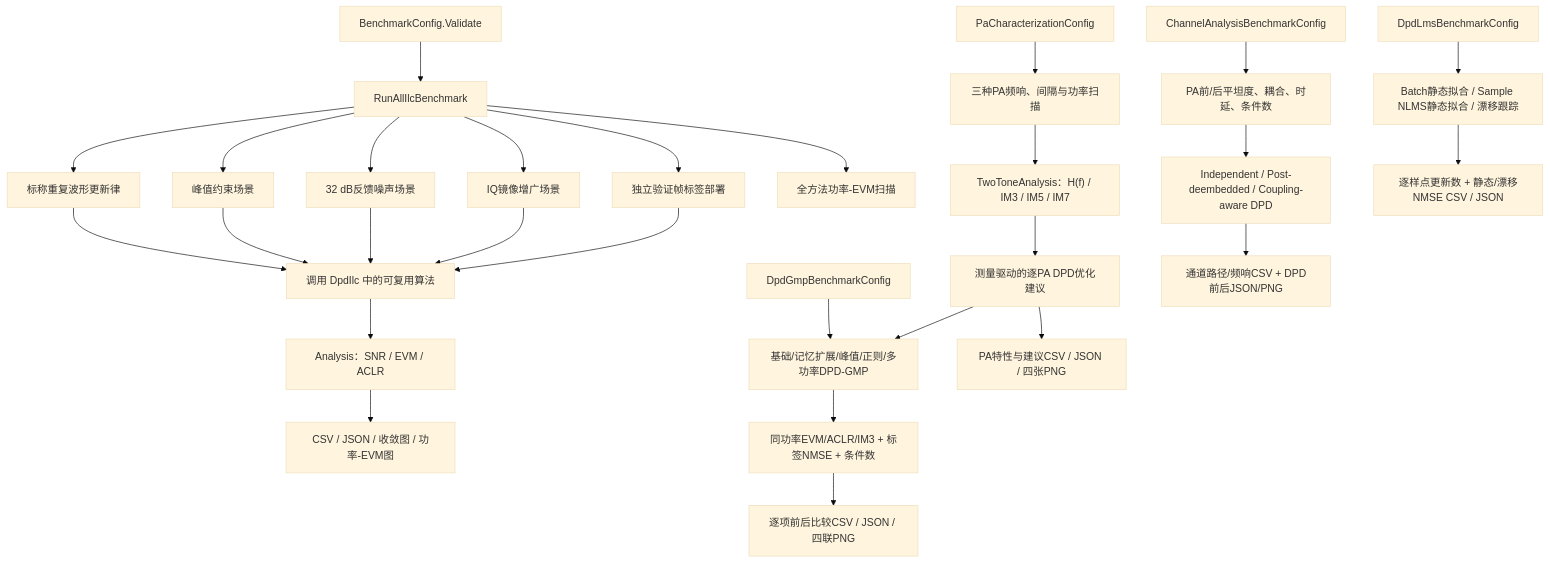
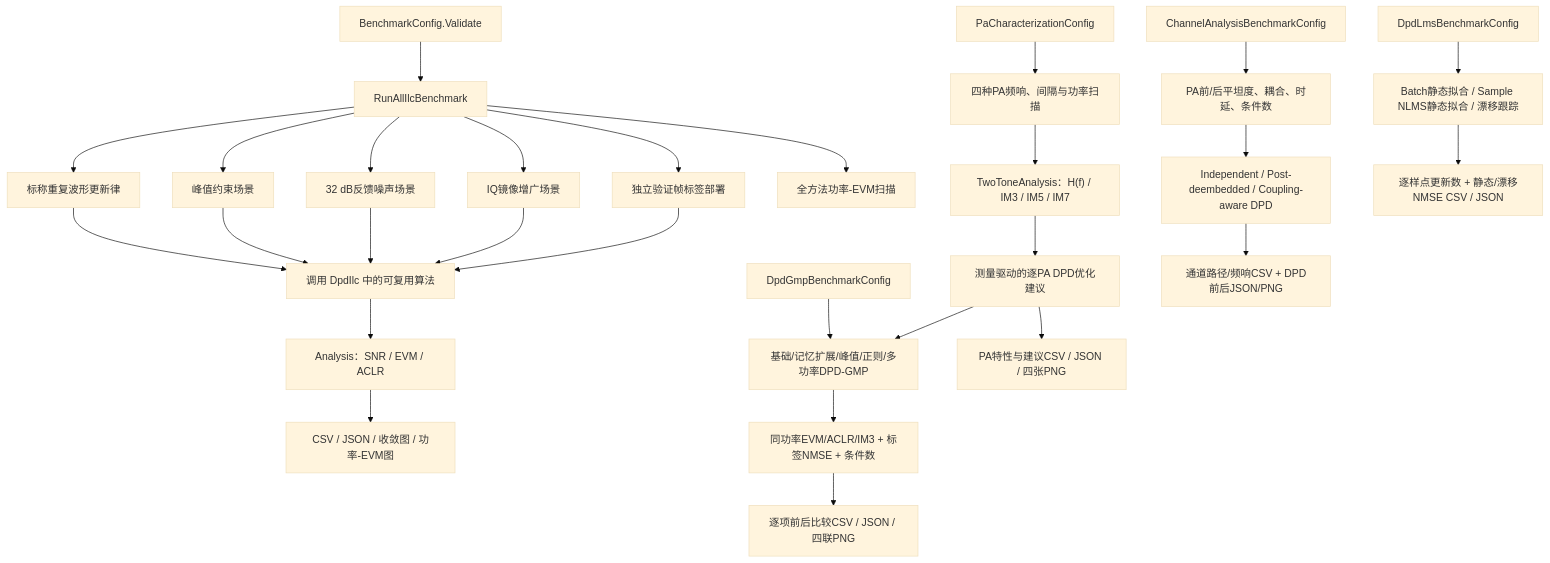
Diagram 16 of 20 in README.md (niyilu45/DPD_ILC), drawn with Mermaid (base theme) before and after one commit. The commit also changed other lines of this file and 29 other files, not shown here.

````diff
--- a/README.md
+++ b/README.md
@@ -824,30 +831,30 @@
 ```mermaid
 flowchart TD
     config["BenchmarkConfig.Validate"] --> benchmark["RunAllIlcBenchmark"]
     benchmark --> nominal["标称重复波形更新律"]
     benchmark --> constrained["峰值约束场景"]
     benchmark --> noisy["32 dB反馈噪声场景"]
     benchmark --> iq["IQ镜像增广场景"]
     benchmark --> heldout["独立验证帧标签部署"]
     benchmark --> power["全方法功率-EVM扫描"]
-    paCharacterization["PaCharacterizationConfig"] --> paSweep["三种PA频响、间隔与功率扫描"]
+    paCharacterization["PaCharacterizationConfig"] --> paSweep["四种PA频响、间隔与功率扫描"]
     dpdGmpConfig["DpdGmpBenchmarkConfig"] --> dpdStages["基础/记忆扩展/峰值/正则/多功率DPD-GMP"]
     dpdLmsConfig["DpdLmsBenchmarkConfig"] --> dpdLmsCompare["Batch静态拟合 / Sample NLMS静态拟合 / 漂移跟踪"]
     channelConfig["ChannelAnalysisBenchmarkConfig"] --> channelMeasure["PA前/后平坦度、耦合、时延、条件数"]
     channelMeasure --> coupledDpd["Independent / Post-deembedded / Coupling-aware DPD"]
     nominal --> algorithms["调用 DpdIlc 中的可复用算法"]
     constrained --> algorithms
     noisy --> algorithms
     iq --> algorithms
     heldout --> algorithms
     algorithms --> analysis["Analysis：SNR / EVM / ACLR"]
     analysis --> report["CSV / JSON / 收敛图 / 功率-EVM图"]
     paSweep --> toneAnalysis["TwoToneAnalysis：H(f) / IM3 / IM5 / IM7"]
     toneAnalysis --> paAdvice["测量驱动的逐PA DPD优化建议"]
     paAdvice --> dpdStages
     dpdStages --> dpdMetrics["同功率EVM/ACLR/IM3 + 标签NMSE + 条件数"]
     dpdMetrics --> dpdReport["逐项前后比较CSV / JSON / 四联PNG"]
     dpdLmsCompare --> dpdLmsReport["逐样点更新数 + 静态/漂移NMSE CSV / JSON"]
     coupledDpd --> channelReport["通道路径/频响CSV + DPD前后JSON/PNG"]
     paAdvice --> paReport["PA特性与建议CSV / JSON / 四张PNG"]
 ```
````
